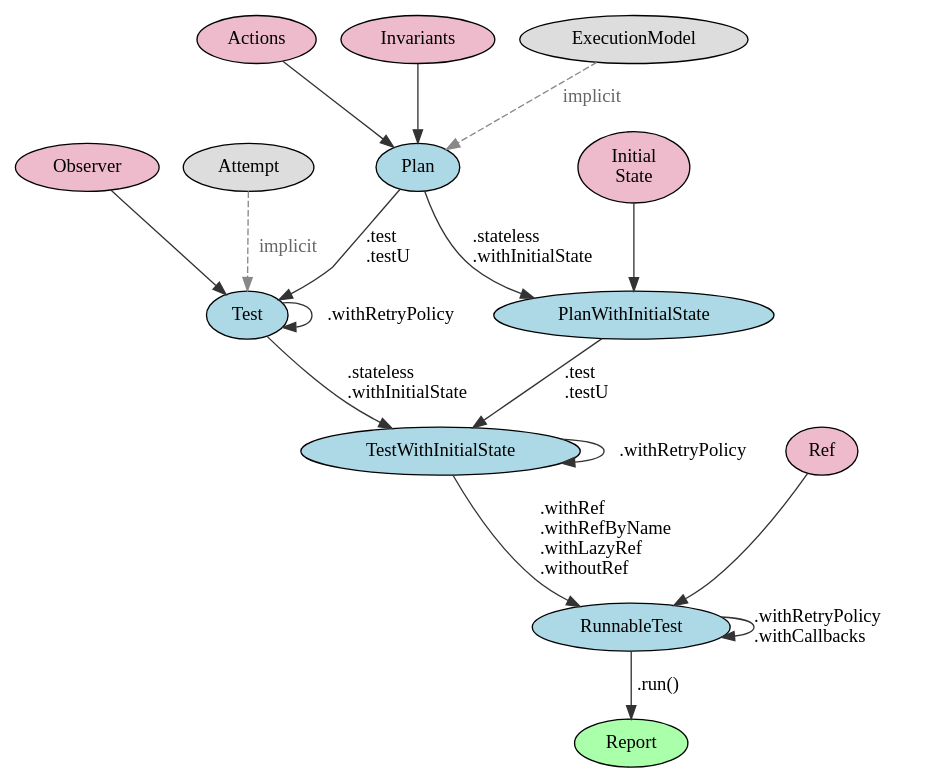
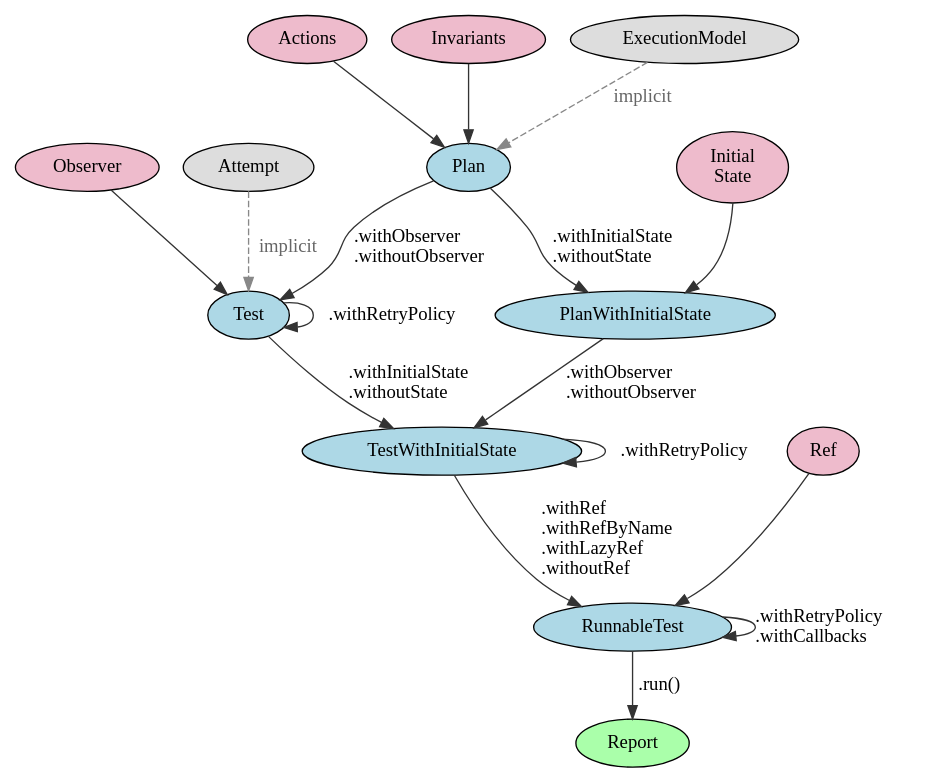
Before and after one commit to japgolly/test-state: the diagram in doc/runner.gv, drawn with Graphviz. The commit also changed 19 other files, not shown here.

Commit message:
Revise test/plan DSL so that all methods start with `.with`

```diff
--- a/doc/runner.gv
+++ b/doc/runner.gv
@@ -1,51 +1,51 @@
 digraph G {
 edge[color="#333333"]
 
 // Provided by user
 { node[style=filled fillcolor="#eebbcc"]
   a [label="Actions"]
   i [label="Invariants"]
   is [label="Initial\nState"]
   o [label="Observer"]
   ref [label="Ref"]
 }
 
 // Nearly always provided automatically
 { node[style=filled fillcolor="#dddddd"]
   r [label="Attempt"]
   em [label="ExecutionModel"]
 }
 
 
 // Aggregation types
 { node[style=filled fillcolor=lightblue]
   plan [label="Plan"]
   planS [label="PlanWithInitialState"]
   test [label="Test"]
   testS [label="TestWithInitialState"]
   testR [label="RunnableTest"]
 }
 
 run [label="Report" style=filled fillcolor="#aaffaa"]
 
 {edge[style=dashed color="#888888" fontcolor="#666666" label=" implicit"]
 r -> test
 em -> plan
 }
 
 a,i -> plan
 is -> planS
 o -> test
-plan -> planS [label=".stateless\l.withInitialState\l"]
-plan -> test [label=".test\l.testU\l"]
-planS -> testS [label=".test\l.testU\l"]
-test -> testS [label=".stateless\l.withInitialState\l"]
+plan -> planS [label=".withInitialState\l.withoutState\l"]
+plan -> test [label=".withObserver\l.withoutObserver\l"]
+planS -> testS [label=".withObserver\l.withoutObserver\l"]
+test -> testS [label=".withInitialState\l.withoutState\l"]
 
 ref -> testR
 testS -> testR [label="  .withRef\l  .withRefByName\l  .withLazyRef\l  .withoutRef\l"]
 testR -> run [label=".run()"]
 
 test -> test [label=".withRetryPolicy"]
 testS -> testS [label=".withRetryPolicy"]
 testR -> testR [label=".withRetryPolicy\l.withCallbacks\l"]
 }
```
